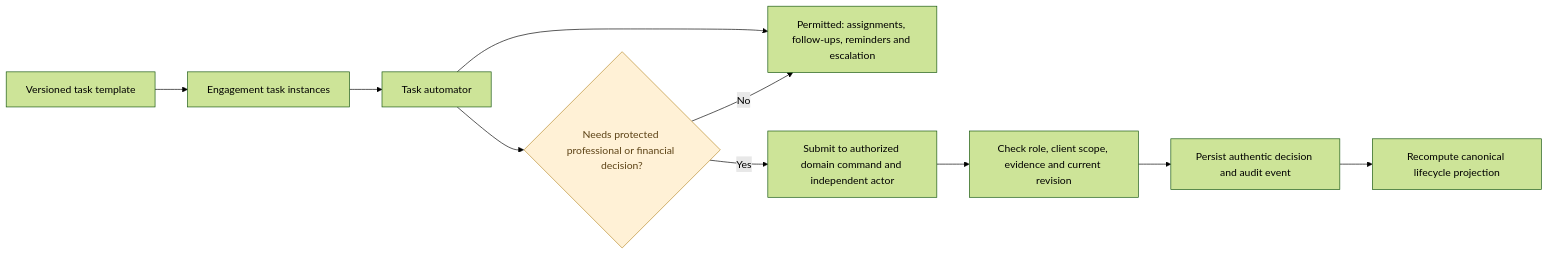
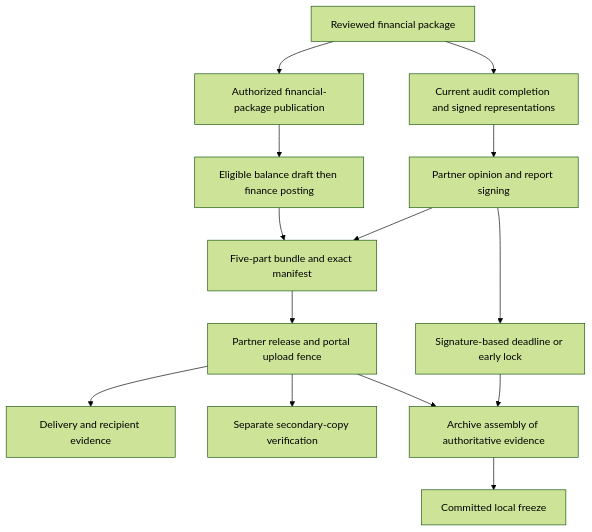
The diagram in docs/requirements/auditsphere-accounting-module-requirements-current.md (nirzaf/AuditSphere), drawn with Mermaid (forest theme) before and after one commit. The commit also changed other lines of this file and 6 other files, not shown here.

````diff
--- a/docs/requirements/auditsphere-accounting-module-requirements-current.md
+++ b/docs/requirements/auditsphere-accounting-module-requirements-current.md
@@ -819,14 +325,16 @@
 ```mermaid
-flowchart LR
-    T["Versioned task template"] --> RUN["Engagement task instances"]
-    RUN --> AUTO["Task automator"]
-    AUTO --> GOOD["Permitted: assignments, follow-ups, reminders and escalation"]
-    AUTO --> G{"Needs protected professional or financial decision?"}
-    G -->|"Yes"| C["Submit to authorized domain command and independent actor"]
-    G -->|"No"| GOOD
-    C --> V["Check role, client scope, evidence and current revision"]
-    V --> E["Persist authentic decision and audit event"]
-    E --> PROJ["Recompute canonical lifecycle projection"]
-    classDef decision fill:#fff1d6,stroke:#b88b2c,color:#5d4316
-    class G decision
+flowchart TB
+  F["Reviewed financial package"] --> P["Authorized financial-package publication"]
+  P --> I["Eligible balance draft then finance posting"]
+  F --> G["Current audit completion and signed representations"]
+  G --> S["Partner opinion and report signing"]
+  I --> B["Five-part bundle and exact manifest"]
+  S --> B
+  B --> R["Partner release and portal upload fence"]
+  R --> D["Delivery and recipient evidence"]
+  R --> C["Separate secondary-copy verification"]
+  S --> T["Signature-based deadline or early lock"]
+  R --> E["Archive assembly of authoritative evidence"]
+  T --> E
+  E --> A["Committed local freeze"]
 ```
````
